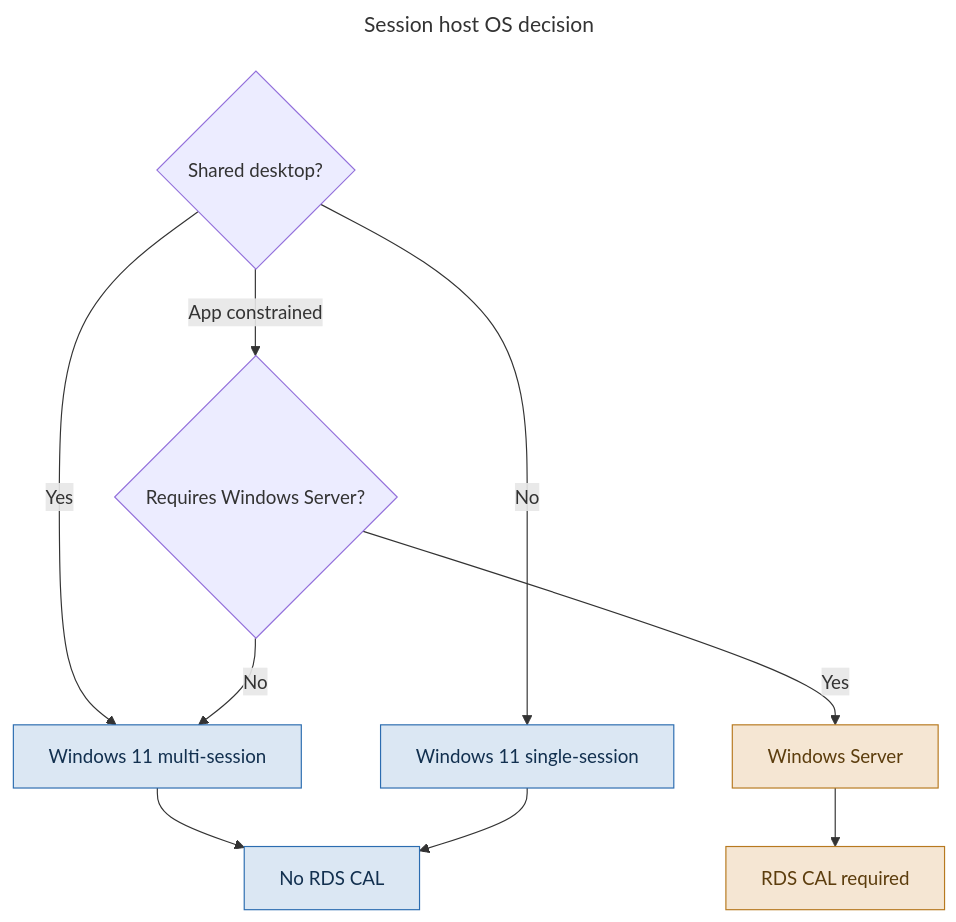
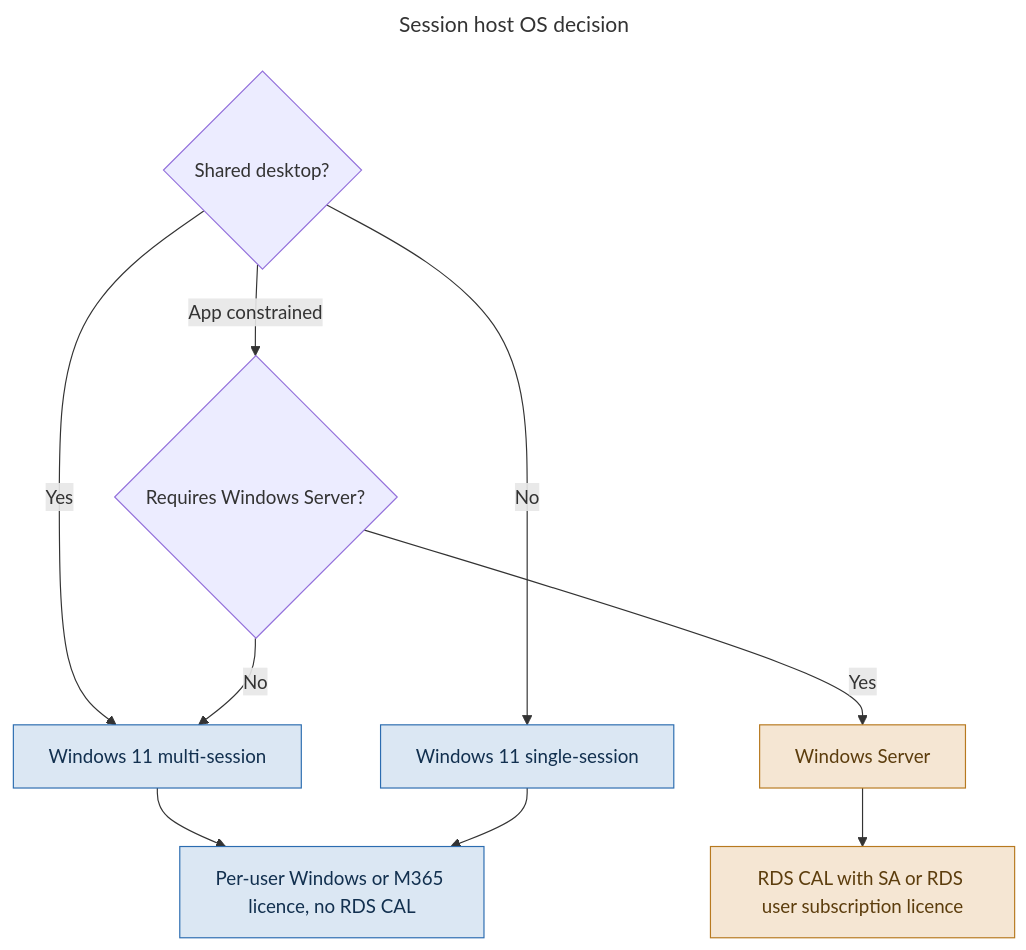
Before and after one commit to AddySidd27/azure-virtual-desktop-architect: the diagram in chapters/ch05-operating-systems-multisession-licensing.md, drawn with Mermaid. The commit also changed other lines of this file and 2 other files, not shown here.

First line of the commit message:
Review Chapter 5: correct Windows Server licensing, ESU, Intune limits, activation commands; add review record

````diff
--- a/chapters/ch05-operating-systems-multisession-licensing.md
+++ b/chapters/ch05-operating-systems-multisession-licensing.md
@@ -74,23 +75,23 @@
 ```mermaid
 ---
 title: Session host OS decision
 ---
 flowchart TB
     Q1{"Shared desktop?"}
     Q2{"Requires Windows Server?"}
 
     Q1 -->|"Yes"| MS["Windows 11 multi-session"]
     Q1 -->|"No"| SS["Windows 11 single-session"]
     Q1 -->|"App constrained"| Q2
     Q2 -->|"Yes"| WS["Windows Server"]
     Q2 -->|"No"| MS
 
-    MS --> L1["No RDS CAL"]
+    MS --> L1["Per-user Windows or M365 licence, no RDS CAL"]
     SS --> L1
-    WS --> L2["RDS CAL required"]
+    WS --> L2["RDS CAL with SA or RDS user subscription licence"]
 
     classDef ok fill:#dbe7f3,stroke:#2b6cb0,color:#12304f
     classDef warn fill:#f5e6d3,stroke:#b7791f,color:#5c3d0d
     class MS,SS,L1 ok
     class WS,L2 warn
 ```
````
